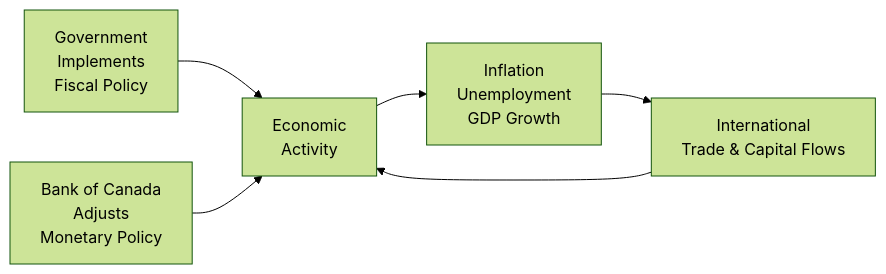
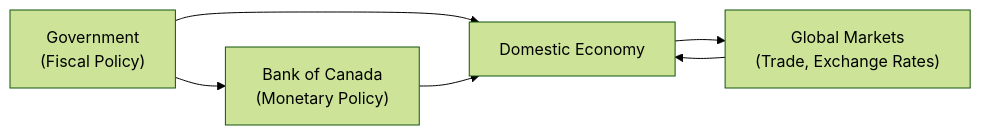
Before and after one commit to MasteryEducation/SecuritiesExamsMastery.ca: the diagram in content/ifc/3/7/index.md, drawn with Mermaid (forest theme). The commit also changed other lines of this file and 130 other files, not shown here.

````diff
--- a/content/ifc/3/7/index.md
+++ b/content/ifc/3/7/index.md
@@ -96,8 +126,8 @@
 ```mermaid
 flowchart LR
-    A["Government<br/>Implements<br/>Fiscal Policy"] --> B["Economic<br/>Activity"]
-    D["Bank of Canada<br/>Adjusts<br/>Monetary Policy"] --> B
-    B --> E["Inflation<br/>Unemployment<br/>GDP Growth"]
-    E --> C["International<br/>Trade & Capital Flows"]
-    C --> B
+    A["Government <br/> (Fiscal Policy)"] --> B["Domestic Economy"]
+    B["Domestic Economy"] --> C["Global Markets <br/> (Trade, Exchange Rates)"]
+    A["Government <br/> (Fiscal Policy)"] --> D["Bank of Canada <br/> (Monetary Policy)"]
+    D["Bank of Canada <br/> (Monetary Policy)"] --> B["Domestic Economy"]
+    C["Global Markets <br/> (Trade, Exchange Rates)"] --> B["Domestic Economy"]
 ```
````
